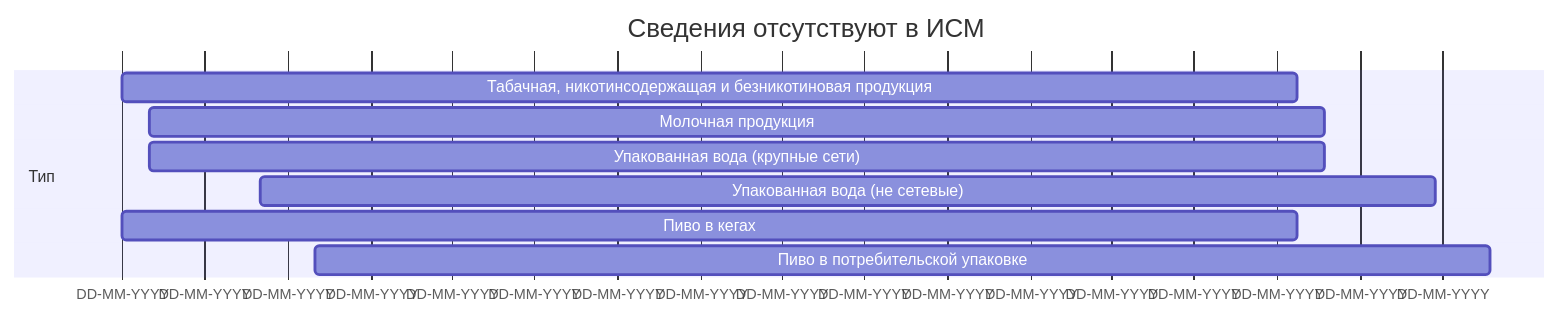
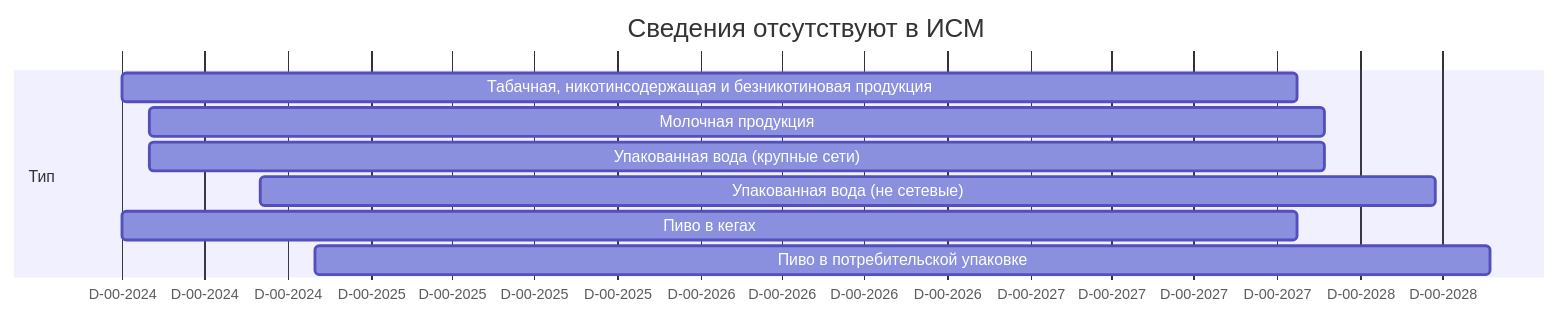
The first of 7 diagrams in imark/ppr1944.md (itidasoft/wiki), drawn with Mermaid before and after one commit. The commit also changed other lines of this file, not shown here.

Commit message:
docs: update imark/ppr1944

````diff
--- a/imark/ppr1944.md
+++ b/imark/ppr1944.md
@@ -195,13 +195,13 @@
 ```mermaid
 gantt
 	title Сведения отсутствуют в ИСМ
   dateFormat DD-MM-YYYY
-  axisFormat DD-MM-YYYY
+  axisFormat %D-%M-%Y
   section Тип
   	Табачная, никотинсодержащая и безникотиновая продукция          :a1, 01-04-2024, 1300d
     Молочная продукция    :a2, 01-05-2024, 1300d
     Упакованная вода (крупные сети)   :a3, 01-05-2024, 1300d
     Упакованная вода (не сетевые)   :a4, 01-09-2024, 1300d
     Пиво в кегах       :a5, 01-04-2024, 1300d
     Пиво в потребительской упаковке       :a6, 01-11-2024, 1300d
 ``` 
````
